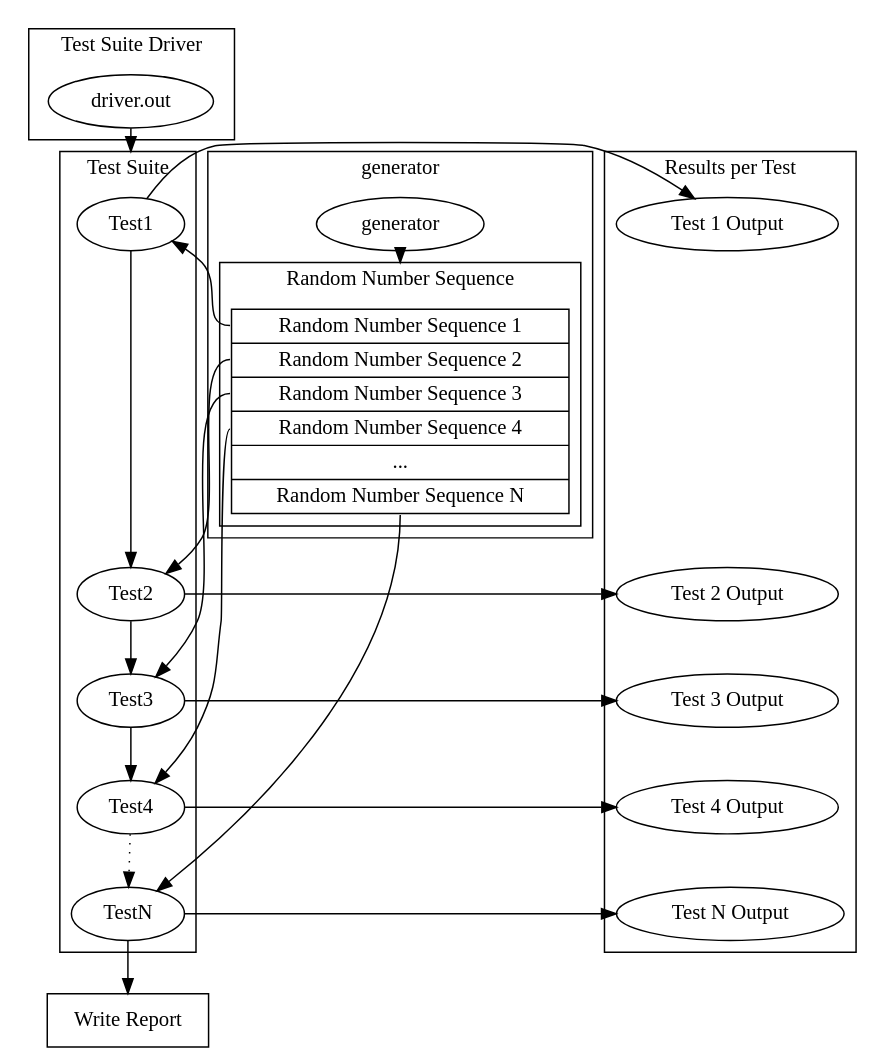
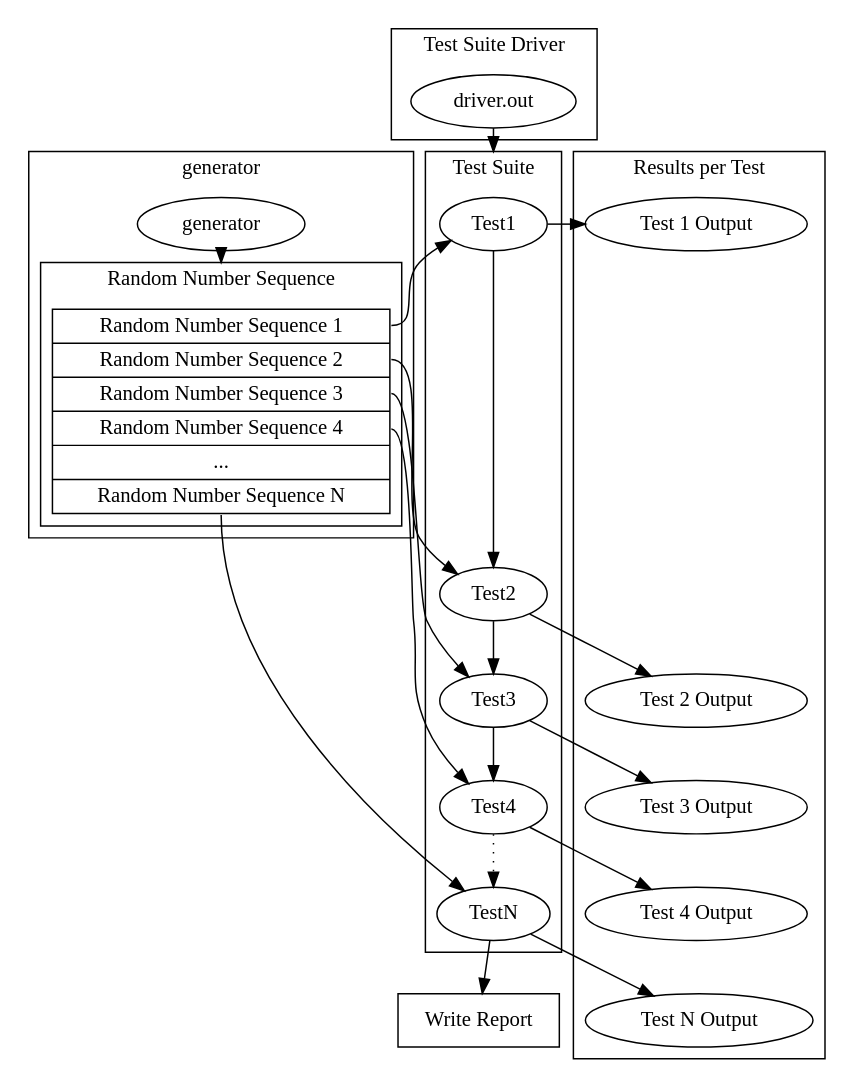
Before and after one commit to rski/project-poster: the diagram in testu01_serial_valid.dot, drawn with Graphviz.

Commit message:
the three structs are ordered properly

```diff
--- a/testu01_serial_valid.dot
+++ b/testu01_serial_valid.dot
@@ -1,64 +1,59 @@
 digraph Testu1_serial {
   Report [ shape = box, label = "Write Report"];
 
   subgraph cluster_test_suite_driver{
     rank = source;
     label = "Test Suite Driver";
     "driver.out";
   }
 
   subgraph cluster_test_suite {
     label = "Test Suite";
     Test1;
     Test1 -> Test2
     Test2 -> Test3
     Test3 -> Test4
     Test4 -> TestN [ style = dotted ];
   }
 
   subgraph cluster_generator {
     label = "generator"
     generator [constraint = false] ;
     subgraph cluster_randomNumberSequence{
       label = "Random Number Sequence"
       node [shape = record]
       struct1 [ label = " { <randomNumberSeq1> Random Number Sequence 1 |
       <randomNumberSeq2> Random Number Sequence 2 |
       <randomNumberSeq3> Random Number Sequence 3 |
       <randomNumberSeq4> Random Number Sequence 4 |
       ... |
       <randomNumberSeqN> Random Number Sequence N } " ]
     }
   }
  
   subgraph cluster_test_results{
     label = "Results per Test"
     "Test 1 Output";
     "Test 2 Output";
     "Test 3 Output";
     "Test 4 Output";
     "Test N Output";
   }
 
   newrank=true;
-  { rank = same; generator; Test1;};
-  { rank = same; Test1; "Test 1 Output"; };
-  { rank = same; Test2; "Test 2 Output"; };
-  { rank = same; Test3; "Test 3 Output"; };
-  { rank = same; Test4; "Test 4 Output"; };
-  { rank = same; TestN; "Test N Output"; };
+  { rank = same; generator; Test1; "Test 1 Output" };
   compound = true;
   "driver.out" -> Test1 [lhead = cluster_test_suite];
   struct1:randomNumberSeq1 -> Test1;
   struct1:randomNumberSeq2 -> Test2;
   struct1:randomNumberSeq3 -> Test3;
   struct1:randomNumberSeq4 -> Test4;
   struct1:randomNumberSeqN -> TestN;
   generator -> struct1:randomNumberSeq1 [ lhead = cluster_randomNumberSequence];
   Test1 -> "Test 1 Output"
   Test2 -> "Test 2 Output"
   Test3 -> "Test 3 Output"
   Test4 -> "Test 4 Output"
   TestN -> "Test N Output"
   TestN -> Report;
 }
```
